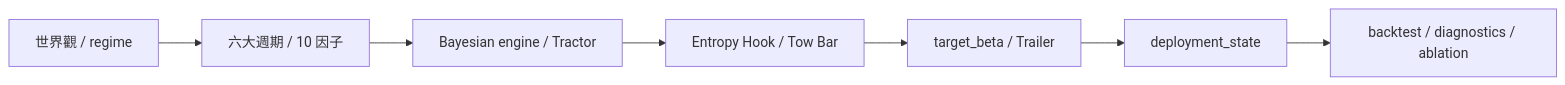
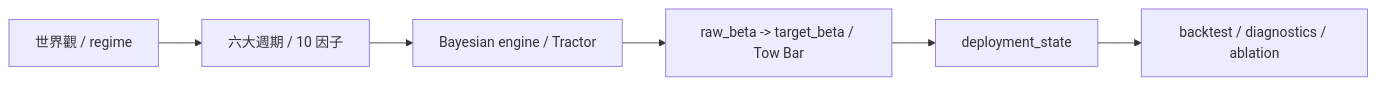
The first of 3 diagrams in docs/core/WIKI_TC.md (yutaofr/qqq-buyer-monitor), drawn with Mermaid before and after one commit. The commit also changed other lines of this file, not shown here.

Commit message:
docs: 100% full-fidelity restoration of backtest performance and confidence metrics in wiki

````diff
--- a/docs/core/WIKI_TC.md
+++ b/docs/core/WIKI_TC.md
@@ -34,9 +34,8 @@
 ```mermaid
 flowchart LR
     A[世界觀 / regime] --> B[六大週期 / 10 因子]
     B --> C[Bayesian engine / Tractor]
-    C --> D[Entropy Hook / Tow Bar]
-    D --> E[target_beta / Trailer]
-    E --> F[deployment_state]
-    F --> G[backtest / diagnostics / ablation]
+    C --> D[raw_beta -> target_beta / Tow Bar]
+    D --> E[deployment_state]
+    E --> F[backtest / diagnostics / ablation]
 ```
````
